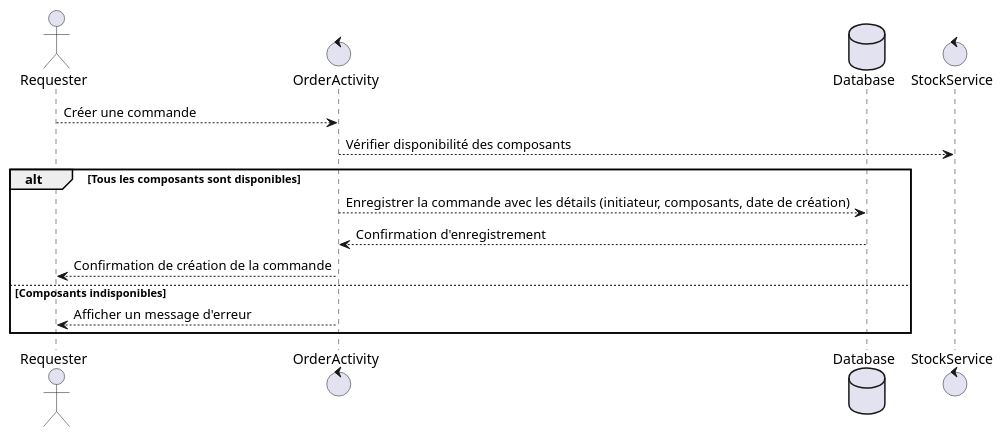
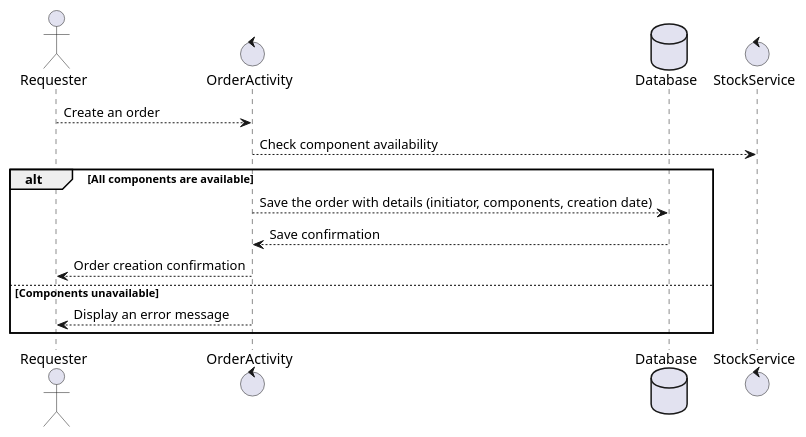
Before and after one commit to Yorkchk/PC_sur_mesure_Mobile_app: the ninth of 15 diagrams in README.md, drawn with PlantUML. The commit also changed other lines of this file, not shown here.

````diff
--- a/README.md
+++ b/README.md
@@ -312,19 +295,21 @@
+```plantuml
 @startuml
 actor Requester
 
 control OrderActivity
 database Database
 control StockService
 
-Requester --> OrderActivity : Créer une commande
+Requester --> OrderActivity : Create an order
 
-OrderActivity --> StockService : Vérifier disponibilité des composants
+OrderActivity --> StockService : Check component availability
 
-alt Tous les composants sont disponibles
-    OrderActivity --> Database : Enregistrer la commande avec les détails (initiateur, composants, date de création)
-    Database --> OrderActivity : Confirmation d'enregistrement
-    OrderActivity --> Requester : Confirmation de création de la commande
-else Composants indisponibles
-    OrderActivity --> Requester : Afficher un message d'erreur
+alt All components are available
+    OrderActivity --> Database : Save the order with details (initiator, components, creation date)
+    Database --> OrderActivity : Save confirmation
+    OrderActivity --> Requester : Order creation confirmation
+else Components unavailable
+    OrderActivity --> Requester : Display an error message
 end
 @enduml
+```
````
